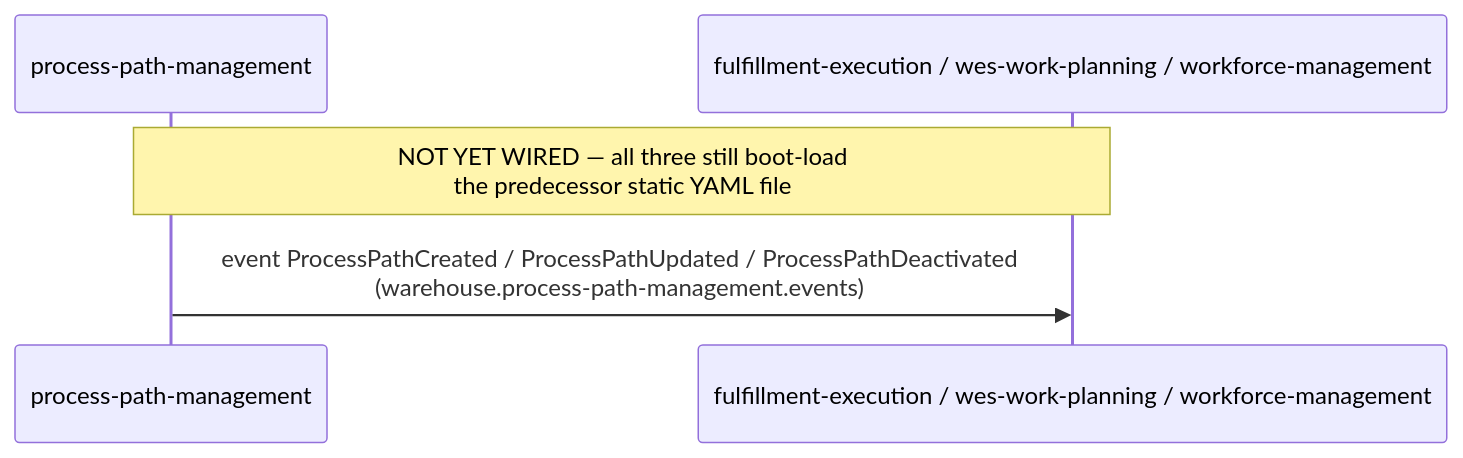
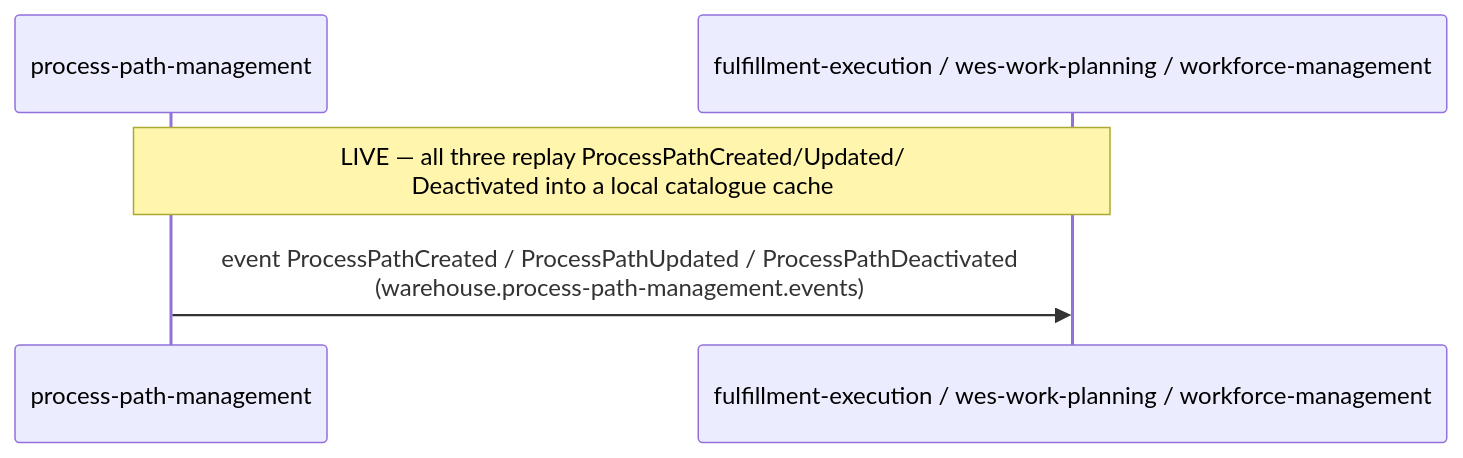
One commit to claudioed/warehouse-docs changed the fifth of 6 diagrams in docs/strategic-design/domain-message-flows.md. Above: the diagram before and after it, drawn with Mermaid. The commit also changed other lines of this file and 23 other files, not shown here.

````diff
--- a/docs/strategic-design/domain-message-flows.md
+++ b/docs/strategic-design/domain-message-flows.md
@@ -115,8 +135,8 @@
 ```mermaid
 sequenceDiagram
     participant PPM as process-path-management
     participant WES as fulfillment-execution / wes-work-planning / workforce-management
 
-    Note over PPM,WES: NOT YET WIRED — all three still boot-load<br/>the predecessor static YAML file
+    Note over PPM,WES: LIVE — all three replay ProcessPathCreated/Updated/<br/>Deactivated into a local catalogue cache
     PPM->>WES: event ProcessPathCreated / ProcessPathUpdated / ProcessPathDeactivated<br/>(warehouse.process-path-management.events)
 ```
````
